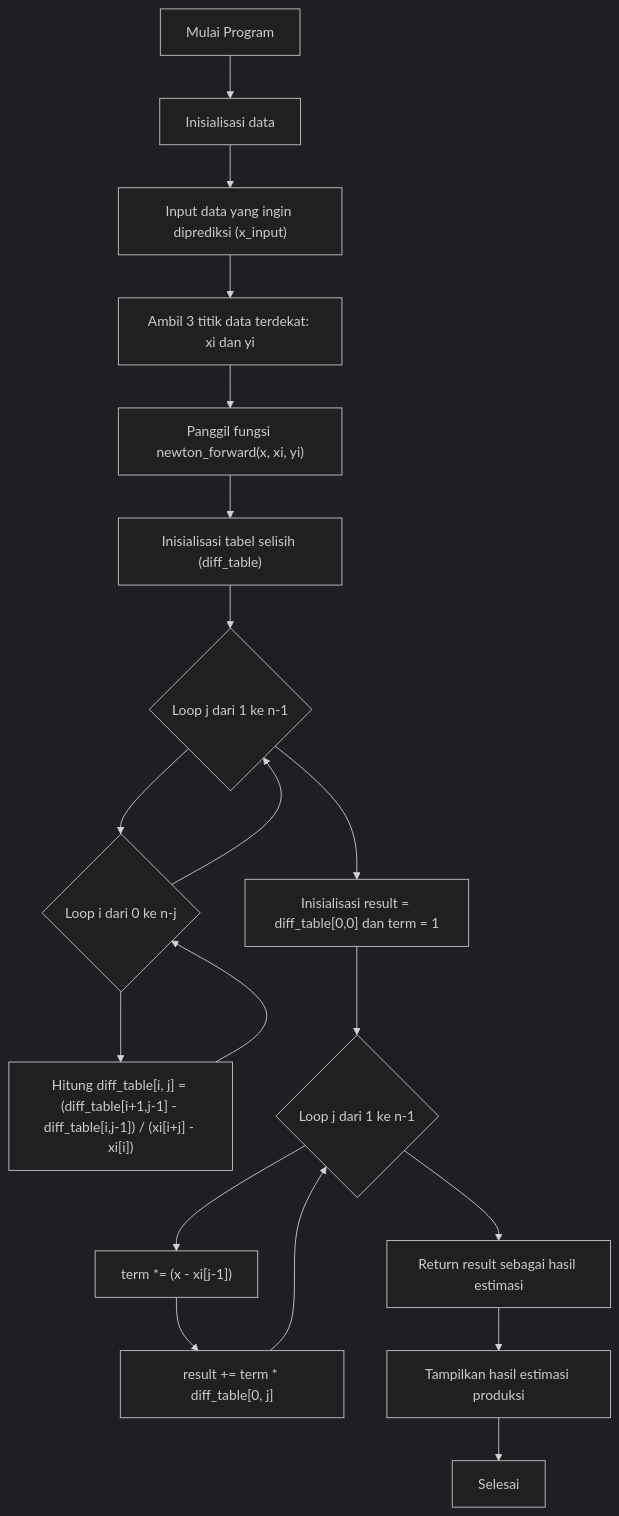
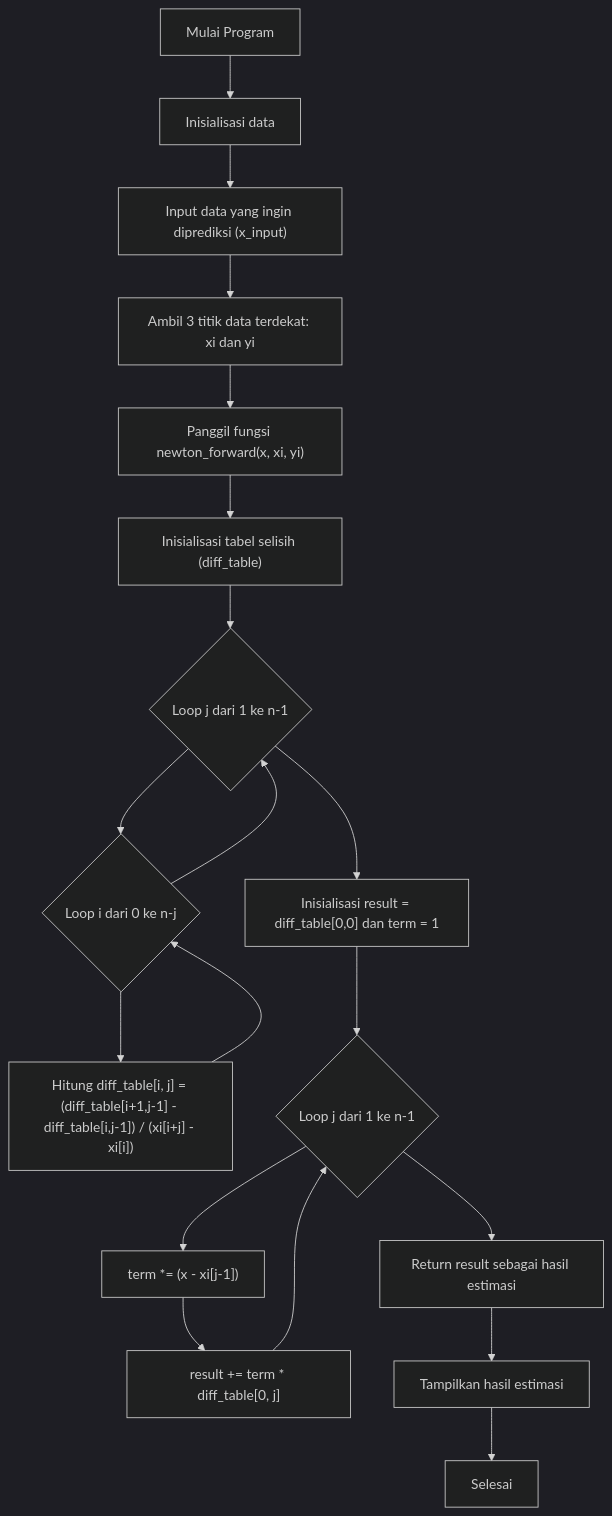
Before and after one commit to aslabkomfis/Komputasi-Numerik-24-25: the diagram in Modul - 5/Metode-NFD.mmd, drawn with Mermaid (dark theme).

```diff
--- a/Modul - 5/Metode-NFD.mmd
+++ b/Modul - 5/Metode-NFD.mmd
@@ -1,19 +1,19 @@
 flowchart TD
     A["Mulai Program"] --> B["Inisialisasi data"]
     B --> C["Input data yang ingin diprediksi (x_input)"]
     C --> D["Ambil 3 titik data terdekat: xi dan yi"]
     D --> E["Panggil fungsi newton_forward(x, xi, yi)"]
     E --> F["Inisialisasi tabel selisih (diff_table)"]
     F --> G{Loop j dari 1 ke n-1}
     G --> H{Loop i dari 0 ke n-j}
     H --> I["Hitung diff_table[i, j] = (diff_table[i+1,j-1] - diff_table[i,j-1]) / (xi[i+j] - xi[i])"]
     I --> H
     H --> G
     G --> J["Inisialisasi result = diff_table[0,0] dan term = 1"]
     J --> K{Loop j dari 1 ke n-1}
     K --> L["term *= (x - xi[j-1])"]
     L --> M["result += term * diff_table[0, j]"]
     M --> K
     K --> N["Return result sebagai hasil estimasi"]
-    N --> O["Tampilkan hasil estimasi produksi"]
+    N --> O["Tampilkan hasil estimasi"]
     O --> P["Selesai"]
```
